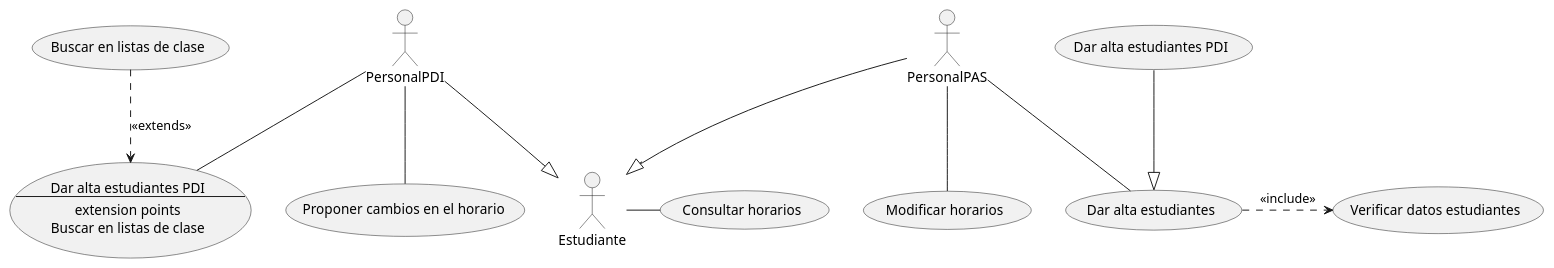
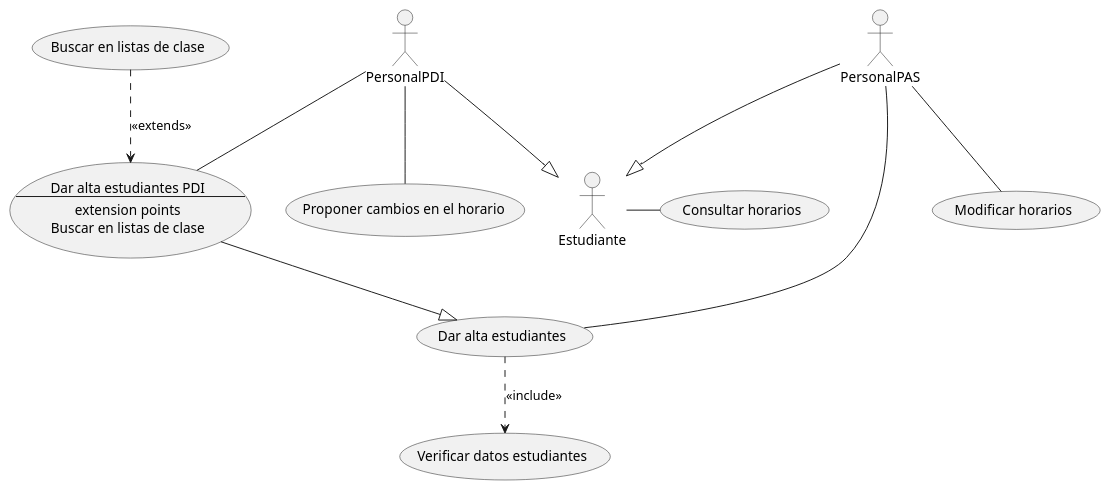
The diagram in lab0/source/Horarios.puml (cgg734/INRE-UAL-MORADO-2022-2023), drawn with PlantUML before and after one commit.

Commit message:
Cambio horarios

```diff
--- a/lab0/source/Horarios.puml
+++ b/lab0/source/Horarios.puml
@@ -1,22 +1,22 @@
 @startuml Horarios
 
 usecase AltaPDI as "Dar alta estudiantes PDI
 --
 extension points
 Buscar en listas de clase
 "
 Estudiante-(Consultar horarios)
 PersonalPDI--(Proponer cambios en el horario)
 PersonalPDI--(AltaPDI)
 PersonalPAS--(Modificar horarios)
 PersonalPAS--(Dar alta estudiantes)
 
-(Dar alta estudiantes PDI)--|>(Dar alta estudiantes)
+(AltaPDI)--|>(Dar alta estudiantes)
 
-(Dar alta estudiantes).>(Verificar datos estudiantes): <<include>>
+(Dar alta estudiantes)..>(Verificar datos estudiantes): <<include>>
 (Buscar en listas de clase)..>(AltaPDI): <<extends>>
 
 
 PersonalPDI--|>Estudiante
 PersonalPAS--|>Estudiante
 @enduml
```
